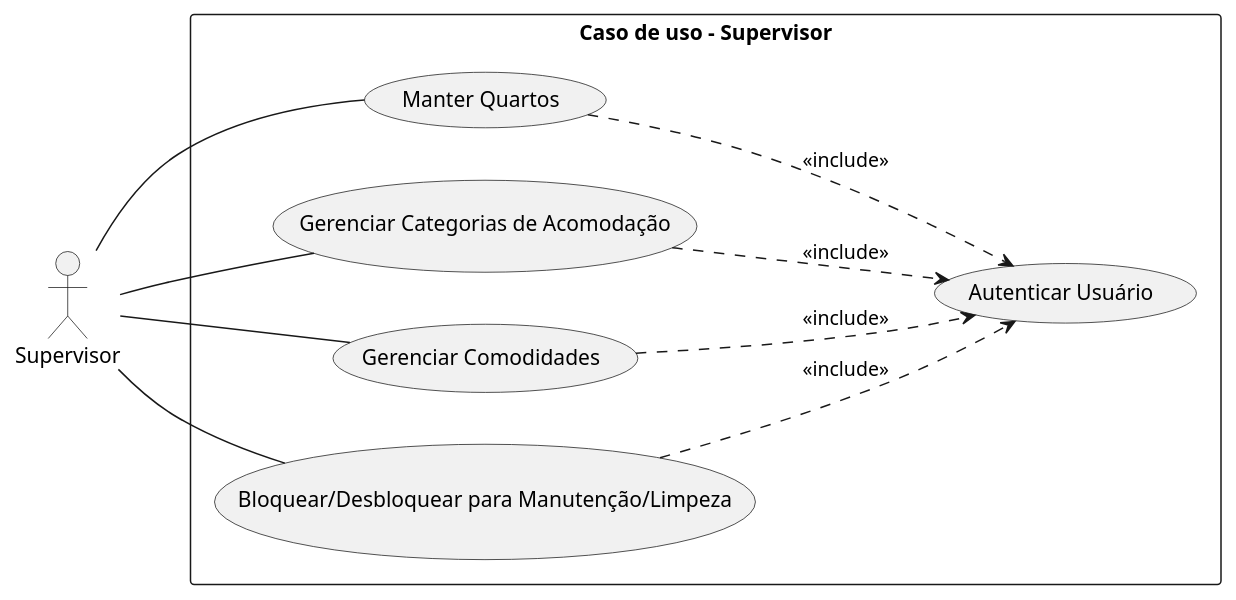
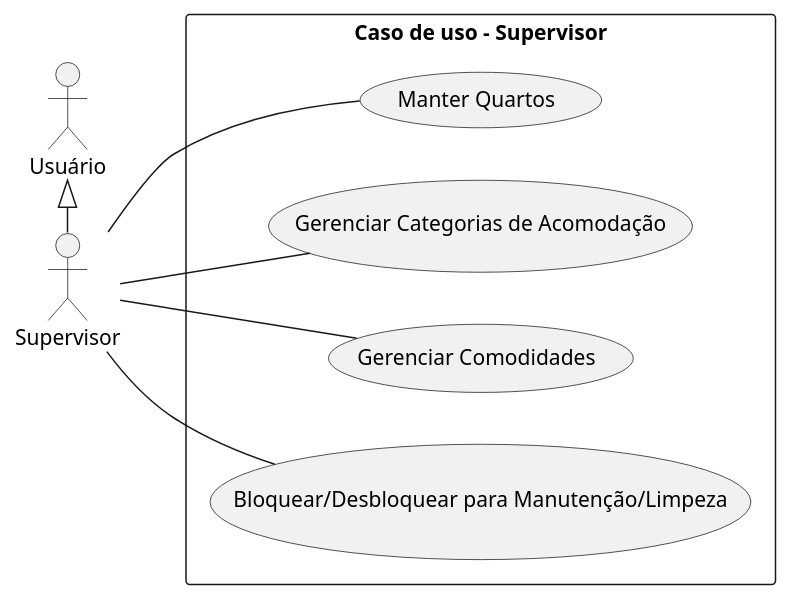
The diagram in diagramas/UC3_supervisor.iuml (gusjjpv/serro-hotelaria), drawn with PlantUML before and after one commit. The commit also changed 3 other files, not shown here.

```diff
--- a/diagramas/UC3_supervisor.iuml
+++ b/diagramas/UC3_supervisor.iuml
@@ -1,28 +1,21 @@
 @startuml
 left to right direction
 
+actor "Usuário" as usuario
 actor "Supervisor" as supervisor
 
-
 rectangle "Caso de uso - Supervisor" {
-    usecase "Autenticar Usuário" as auth
-
     usecase "Manter Quartos" as uc13
     usecase "Gerenciar Categorias de Acomodação" as uc14
     usecase "Gerenciar Comodidades" as uc15
     usecase "Bloquear/Desbloquear para Manutenção/Limpeza" as uc16
 
 
     supervisor -- uc13
     supervisor -- uc14
     supervisor -- uc15
     supervisor -- uc16
 
-
-    uc13 ..> auth : <<include>>
-    uc14 ..> auth : <<include>>
-    uc15 ..> auth : <<include>>
-    uc16 ..> auth : <<include>>
-
+    usuario <|-right- supervisor
 }
 @enduml
```
